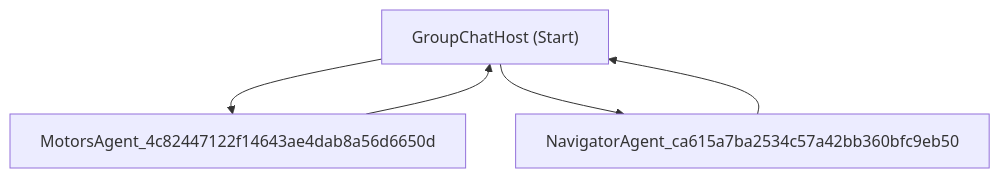
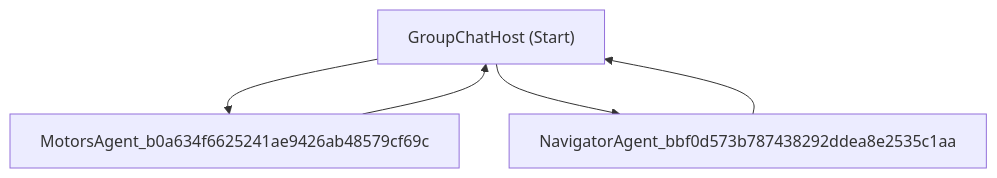
The diagram in 13.GroupChat/GroupChatOrchestration/workflow.md (dcostea/AgentFrameworkBook), drawn with Mermaid before and after one commit. The commit also changed 63 other files, not shown here.

````diff
--- a/13.GroupChat/GroupChatOrchestration/workflow.md
+++ b/13.GroupChat/GroupChatOrchestration/workflow.md
@@ -3,10 +3,10 @@
 ```mermaid
 flowchart TD
   GroupChatHost["GroupChatHost (Start)"];
-  MotorsAgent_4c82447122f14643ae4dab8a56d6650d["MotorsAgent_4c82447122f14643ae4dab8a56d6650d"];
-  NavigatorAgent_ca615a7ba2534c57a42bb360bfc9eb50["NavigatorAgent_ca615a7ba2534c57a42bb360bfc9eb50"];
-  GroupChatHost --> MotorsAgent_4c82447122f14643ae4dab8a56d6650d;
-  GroupChatHost --> NavigatorAgent_ca615a7ba2534c57a42bb360bfc9eb50;
-  MotorsAgent_4c82447122f14643ae4dab8a56d6650d --> GroupChatHost;
-  NavigatorAgent_ca615a7ba2534c57a42bb360bfc9eb50 --> GroupChatHost;
+  MotorsAgent_b0a634f6625241ae9426ab48579cf69c["MotorsAgent_b0a634f6625241ae9426ab48579cf69c"];
+  NavigatorAgent_bbf0d573b787438292ddea8e2535c1aa["NavigatorAgent_bbf0d573b787438292ddea8e2535c1aa"];
+  GroupChatHost --> MotorsAgent_b0a634f6625241ae9426ab48579cf69c;
+  GroupChatHost --> NavigatorAgent_bbf0d573b787438292ddea8e2535c1aa;
+  MotorsAgent_b0a634f6625241ae9426ab48579cf69c --> GroupChatHost;
+  NavigatorAgent_bbf0d573b787438292ddea8e2535c1aa --> GroupChatHost;
 ```
````
